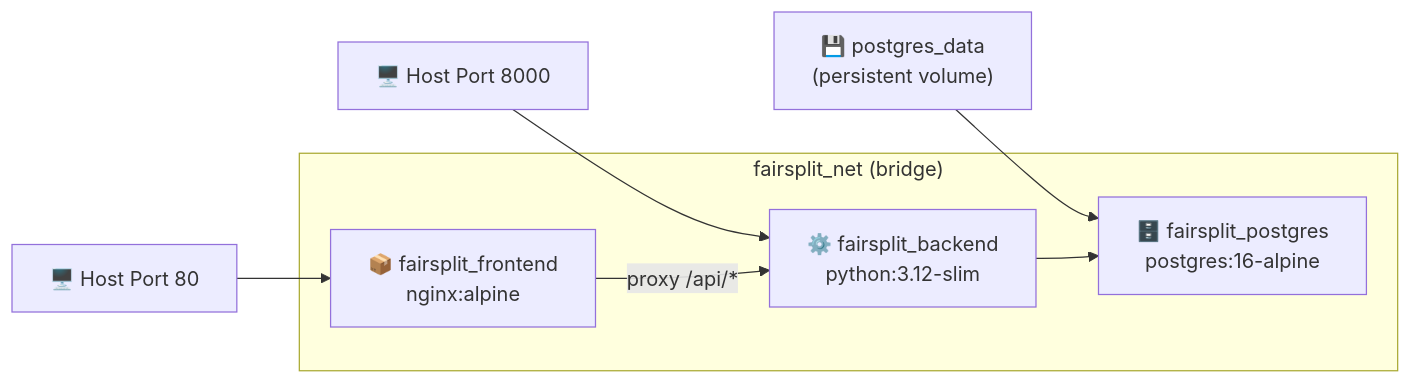
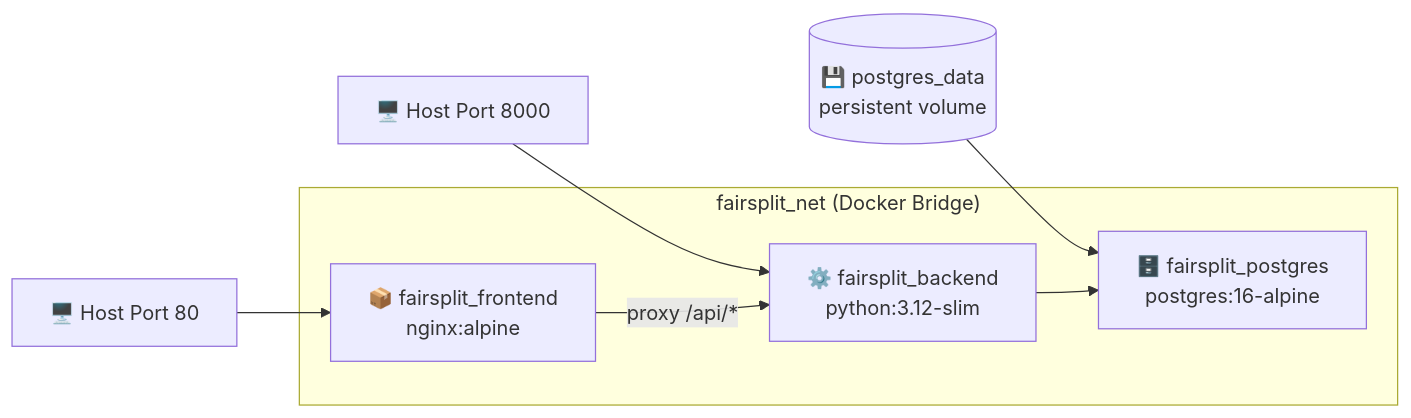
The sixth of 6 diagrams in README.md (PrakharPurwar12/FairSplit), drawn with Mermaid before and after one commit. The commit also changed other lines of this file, not shown here.

Commit message:
docs: enhance README UI and fix Mermaid rendering

````diff
--- a/README.md
+++ b/README.md
@@ -756,15 +571,15 @@
 ```mermaid
 graph LR
     Host["🖥️ Host Port 80"] --> Nginx
     Host2["🖥️ Host Port 8000"] --> Gunicorn
 
-    subgraph Network["fairsplit_net (bridge)"]
-        Nginx["📦 fairsplit_frontend\nnginx:alpine"]
-        Gunicorn["⚙️ fairsplit_backend\npython:3.12-slim"]
-        PG["🗄️ fairsplit_postgres\npostgres:16-alpine"]
+    subgraph Network["fairsplit_net (Docker Bridge)"]
+        Nginx["📦 fairsplit_frontend<br/>nginx:alpine"]
+        Gunicorn["⚙️ fairsplit_backend<br/>python:3.12-slim"]
+        PG["🗄️ fairsplit_postgres<br/>postgres:16-alpine"]
     end
 
-    Volume["💾 postgres_data\n(persistent volume)"] --> PG
+    Volume[("💾 postgres_data<br/>persistent volume")] --> PG
     Nginx -->|"proxy /api/*"| Gunicorn
     Gunicorn --> PG
 ```
````
